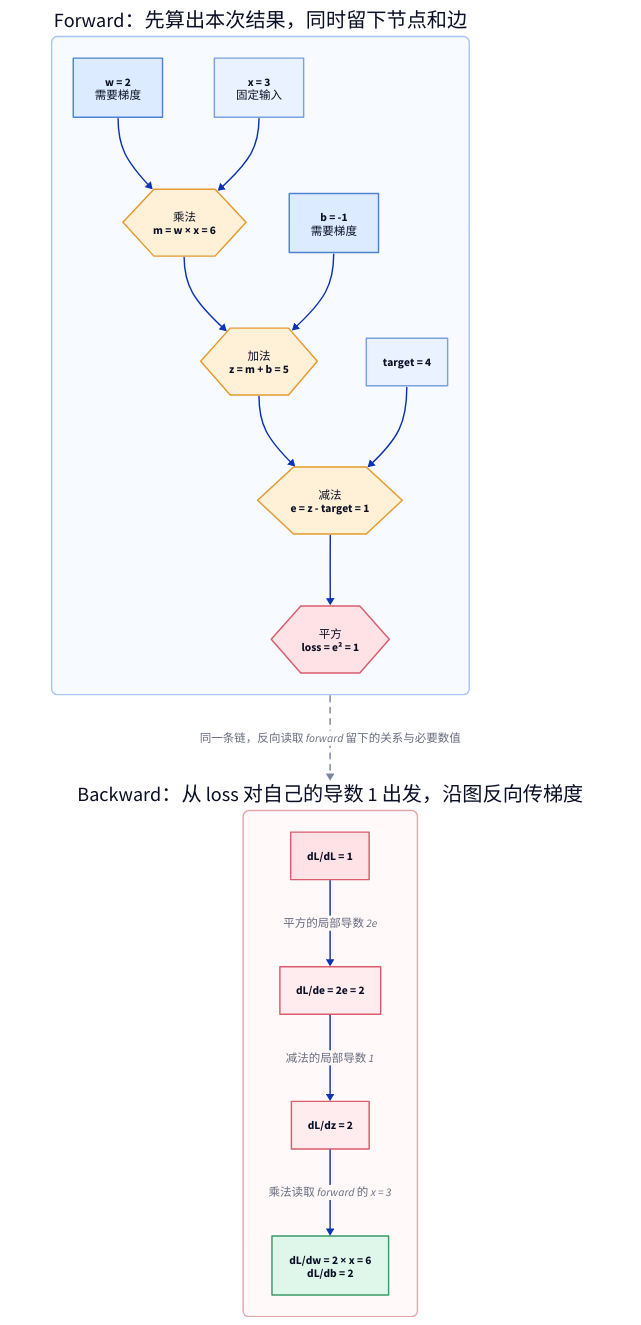
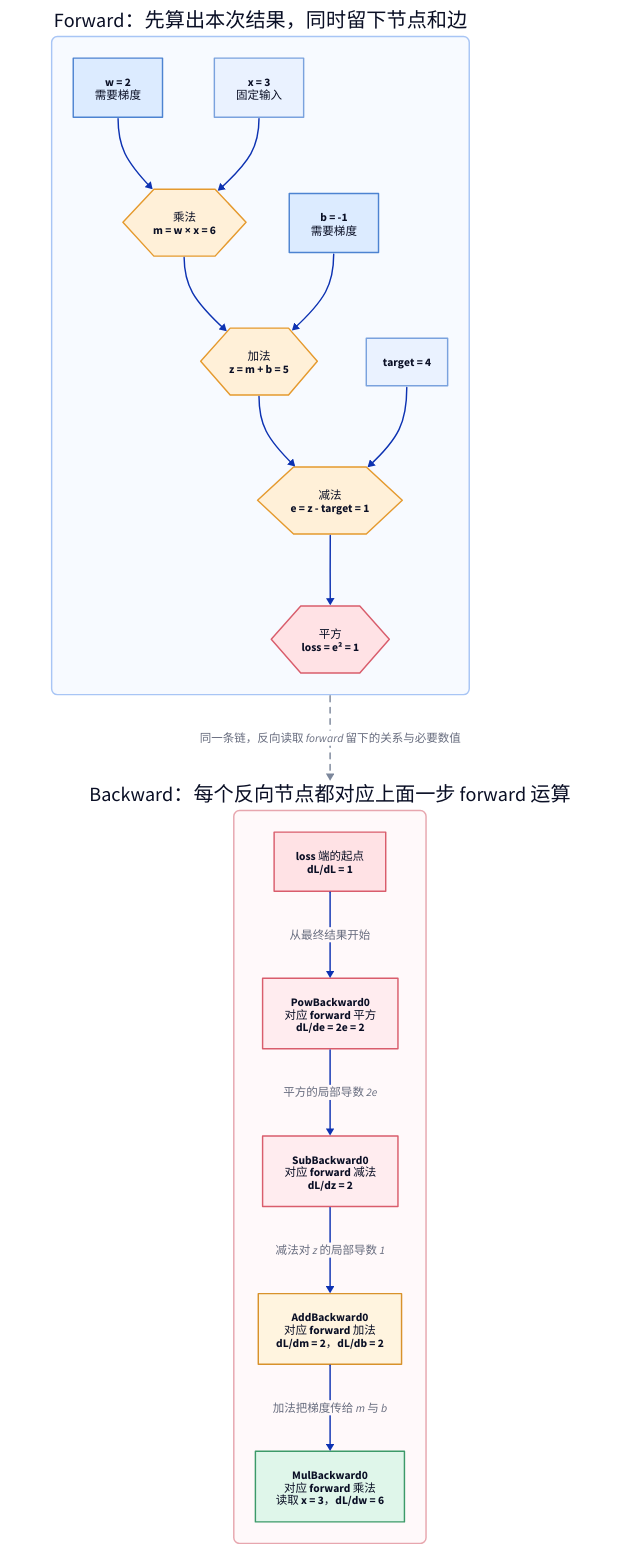
Before and after one commit to FxorG00/system-learning-notes: the diagram in ai_theory/T11/images/computation_graph.d2, drawn with D2. The commit also changed 6 other files, not shown here.

Commit message:
docs: clarify T11 backward flow

```diff
--- a/ai_theory/T11/images/computation_graph.d2
+++ b/ai_theory/T11/images/computation_graph.d2
@@ -1,88 +1,93 @@
 direction: down
 
 forward: {
   label: "Forward：先算出本次结果，同时留下节点和边"
   direction: right
   style.fill: "#F7FAFF"
   style.stroke: "#A8C5F5"
   style.border-radius: 8
 
   w: "w = 2\n需要梯度" {
     style.fill: "#DCEBFF"
     style.stroke: "#4D83D1"
   }
   x: "x = 3\n固定输入" {
     style.fill: "#EAF2FF"
     style.stroke: "#7AA2DE"
   }
   mul: "乘法\nm = w × x = 6" {
     shape: hexagon
     style.fill: "#FFF0D8"
     style.stroke: "#E59A2E"
   }
   b: "b = -1\n需要梯度" {
     style.fill: "#DCEBFF"
     style.stroke: "#4D83D1"
   }
   add: "加法\nz = m + b = 5" {
     shape: hexagon
     style.fill: "#FFF0D8"
     style.stroke: "#E59A2E"
   }
   target: "target = 4" {
     style.fill: "#EAF2FF"
     style.stroke: "#7AA2DE"
   }
   sub: "减法\ne = z - target = 1" {
     shape: hexagon
     style.fill: "#FFF0D8"
     style.stroke: "#E59A2E"
   }
   square: "平方\nloss = e² = 1" {
     shape: hexagon
     style.fill: "#FFE2E5"
     style.stroke: "#D95D6C"
   }
 
   w -> mul
   x -> mul
   mul -> add
   b -> add
   add -> sub
   target -> sub
   sub -> square
 }
 
 backward: {
-  label: "Backward：从 loss 对自己的导数 1 出发，沿图反向传梯度"
-  direction: left
+  label: "Backward：每个反向节点都对应上面一步 forward 运算"
+  direction: down
   style.fill: "#FFF9FA"
   style.stroke: "#E7A6AE"
   style.border-radius: 8
 
-  loss_seed: "dL/dL = 1" {
+  loss_seed: "loss 端的起点\ndL/dL = 1" {
     style.fill: "#FFE2E5"
     style.stroke: "#D95D6C"
   }
-  error_grad: "dL/de = 2e = 2" {
+  pow: "PowBackward0\n对应 forward 平方\ndL/de = 2e = 2" {
     style.fill: "#FFECEF"
     style.stroke: "#D95D6C"
   }
-  z_grad: "dL/dz = 2" {
+  sub: "SubBackward0\n对应 forward 减法\ndL/dz = 2" {
     style.fill: "#FFECEF"
     style.stroke: "#D95D6C"
   }
-  parameter_grads: "dL/dw = 2 × x = 6\ndL/db = 2" {
+  add: "AddBackward0\n对应 forward 加法\ndL/dm = 2，dL/db = 2" {
+    style.fill: "#FFF4DF"
+    style.stroke: "#D8922B"
+  }
+  mul: "MulBackward0\n对应 forward 乘法\n读取 x = 3，dL/dw = 6" {
     style.fill: "#DFF6EA"
     style.stroke: "#3C9A69"
   }
 
-  loss_seed -> error_grad: "平方的局部导数 2e"
-  error_grad -> z_grad: "减法的局部导数 1"
-  z_grad -> parameter_grads: "乘法读取 forward 的 x = 3"
+  loss_seed -> pow: "从最终结果开始"
+  pow -> sub: "平方的局部导数 2e"
+  sub -> add: "减法对 z 的局部导数 1"
+  add -> mul: "加法把梯度传给 m 与 b"
 }
 
 forward -> backward: "同一条链，反向读取 forward 留下的关系与必要数值" {
   style.stroke: "#7C879B"
   style.stroke-dash: 4
 }
```
